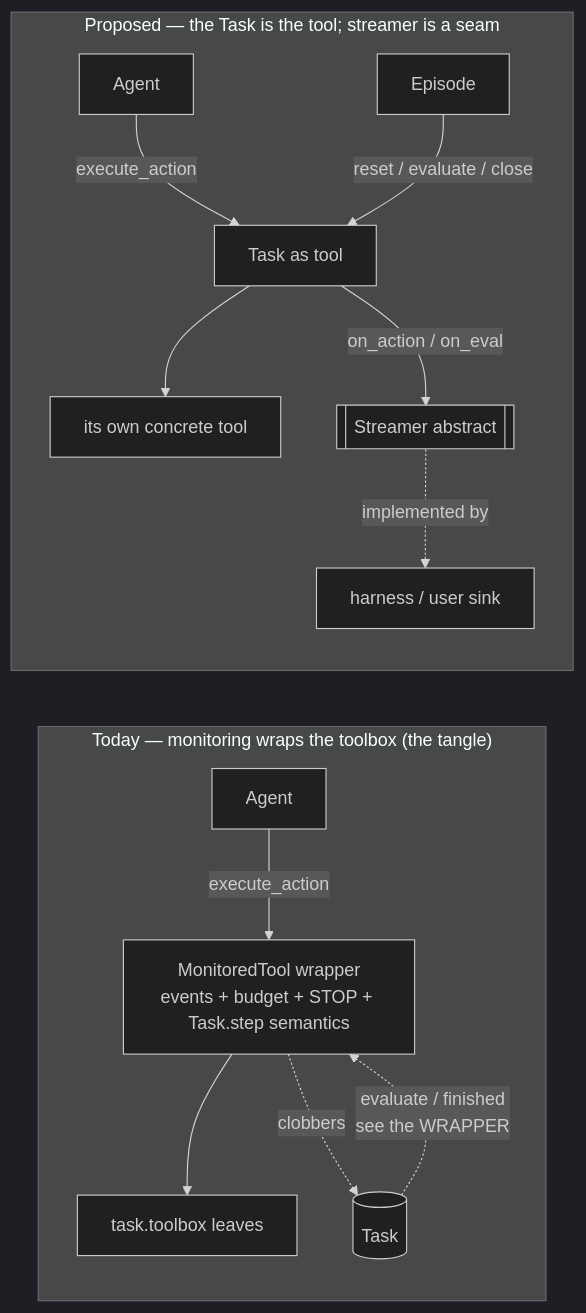
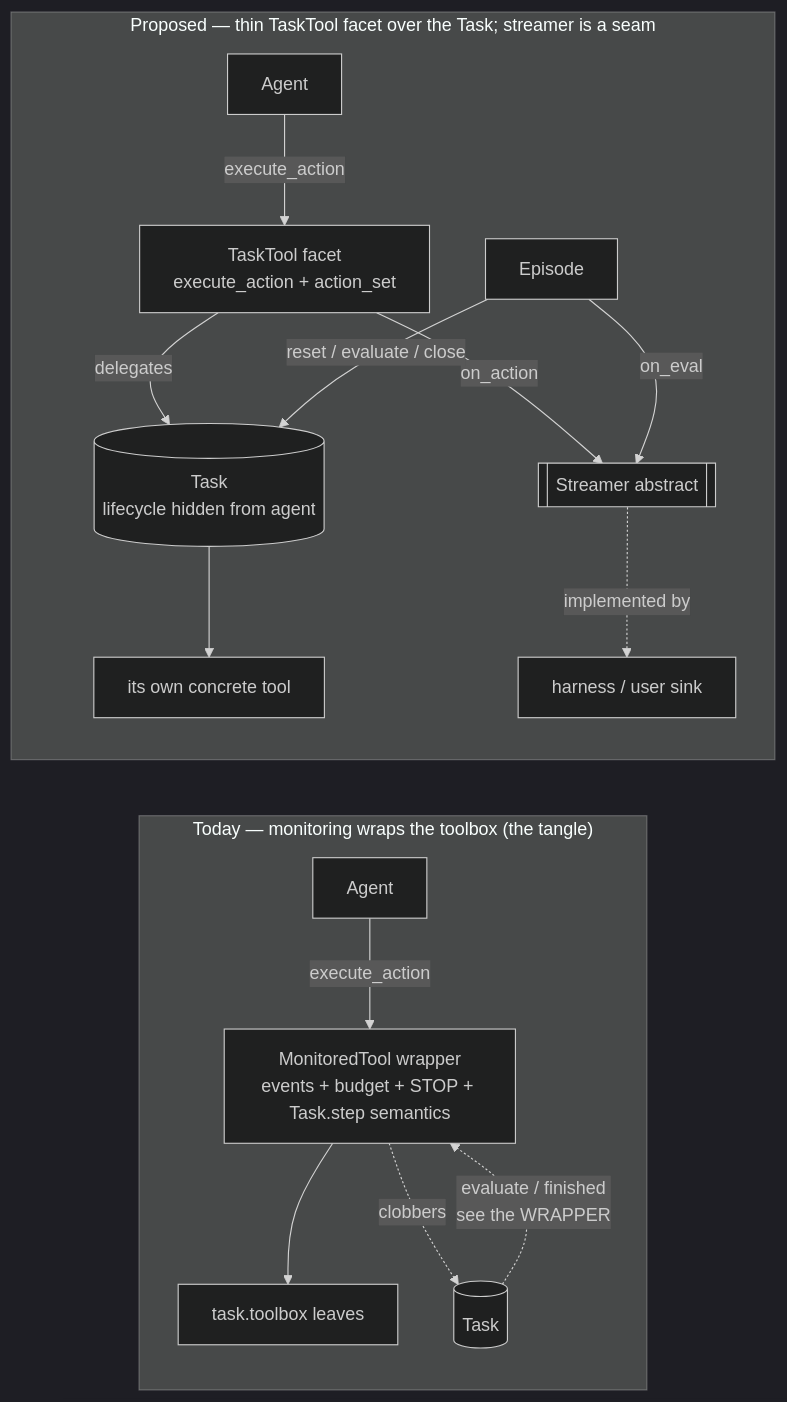
Before and after one commit to The-AI-Alliance/cube-standard: the first of 3 diagrams in openspec/changes/streamable-task/proposal.md, drawn with Mermaid (dark theme). The commit also changed other lines of this file and 1 other file, not shown here.

First line of the commit message:
design(openspec): Task is NOT the tool — thin TaskTool facet over it

````diff
--- a/openspec/changes/streamable-task/proposal.md
+++ b/openspec/changes/streamable-task/proposal.md
@@ -41,17 +45,19 @@
 ```mermaid
 flowchart LR
   subgraph TODAY["Today — monitoring wraps the toolbox (the tangle)"]
     A1[Agent] -->|execute_action| MT[MonitoredTool wrapper<br/>events + budget + STOP + Task.step semantics]
     MT --> TB1[task.toolbox leaves]
     MT -. clobbers .-> T1[(Task)]
     T1 -. evaluate / finished<br/>see the WRAPPER .-> MT
   end
 
-  subgraph PROPOSED["Proposed — the Task is the tool; streamer is a seam"]
-    A2[Agent] -->|execute_action| T2[Task as tool]
+  subgraph PROPOSED["Proposed — thin TaskTool facet over the Task; streamer is a seam"]
+    A2[Agent] -->|execute_action| TT[TaskTool facet<br/>execute_action + action_set]
+    TT -->|delegates| T2[(Task<br/>lifecycle hidden from agent)]
     T2 --> TB2[its own concrete tool]
-    T2 -->|on_action / on_eval| S[[Streamer abstract]]
+    TT -->|on_action| S[[Streamer abstract]]
+    EP[Episode] -->|on_eval| S
+    EP -->|reset / evaluate / close| T2
     S -. implemented by .-> H[harness / user sink]
-    EP[Episode] -->|reset / evaluate / close| T2
   end
 ```
````
